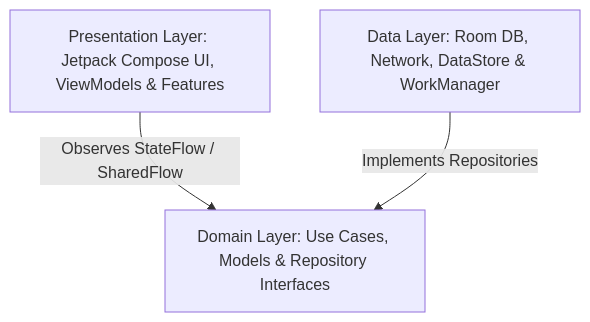
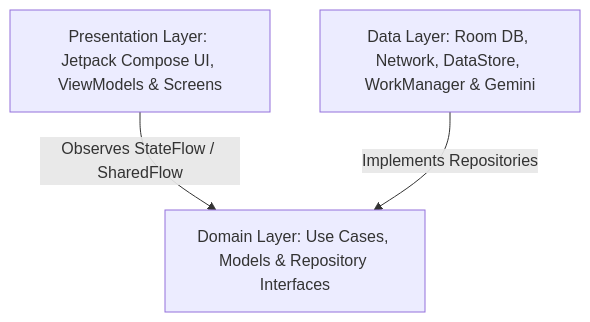
One commit to almuheetushihab/Skillflow-Kotlin changed the diagram in README.md. Above: the diagram before and after it, drawn with Mermaid. The commit also changed other lines of this file, not shown here.

Commit message:
docs: update README to include AI assistant and daily reminder features

````diff
--- a/README.md
+++ b/README.md
@@ -90,5 +100,5 @@
 ```mermaid
 graph TD
-    A[Presentation Layer: Jetpack Compose UI, ViewModels & Features] -->|Observes StateFlow / SharedFlow| B[Domain Layer: Use Cases, Models & Repository Interfaces]
-    C[Data Layer: Room DB, Network, DataStore & WorkManager] -->|Implements Repositories| B
+    A[Presentation Layer: Jetpack Compose UI, ViewModels & Screens] -->|Observes StateFlow / SharedFlow| B[Domain Layer: Use Cases, Models & Repository Interfaces]
+    C[Data Layer: Room DB, Network, DataStore, WorkManager & Gemini] -->|Implements Repositories| B
 ```
````
